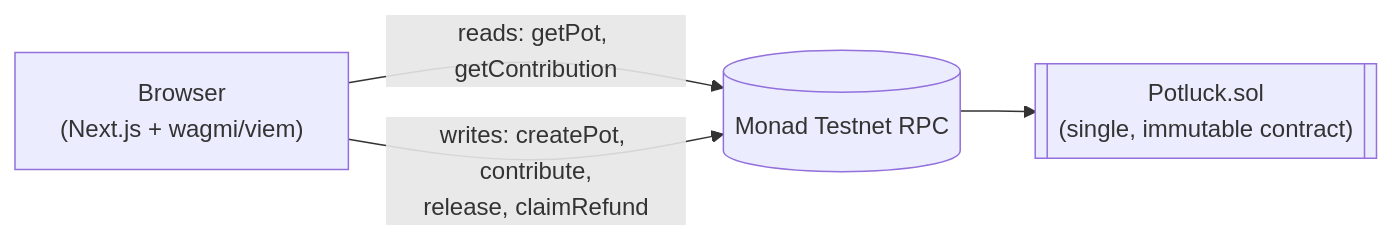
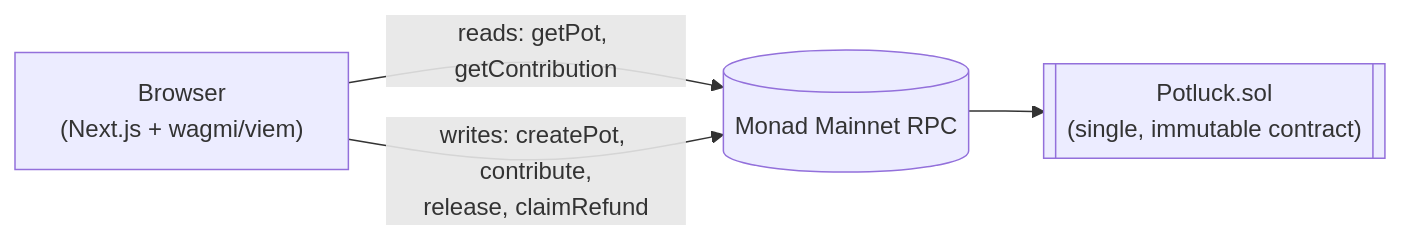
Before and after one commit to Guna-Asher/Potluck: the third of 3 diagrams in README.md, drawn with Mermaid. The commit also changed other lines of this file and 17 other files, not shown here.

Commit message:
feat: migrate to Monad Mainnet and update related configurations

````diff
--- a/README.md
+++ b/README.md
@@ -139,6 +140,6 @@
 ```mermaid
 flowchart LR
-    U["Browser<br/>(Next.js + wagmi/viem)"] -- "reads: getPot, getContribution" --> RPC[("Monad Testnet RPC")]
+    U["Browser<br/>(Next.js + wagmi/viem)"] -- "reads: getPot, getContribution" --> RPC[("Monad Mainnet RPC")]
     U -- "writes: createPot, contribute,<br/>release, claimRefund" --> RPC
     RPC --> C[["Potluck.sol<br/>(single, immutable contract)"]]
 ```
````
